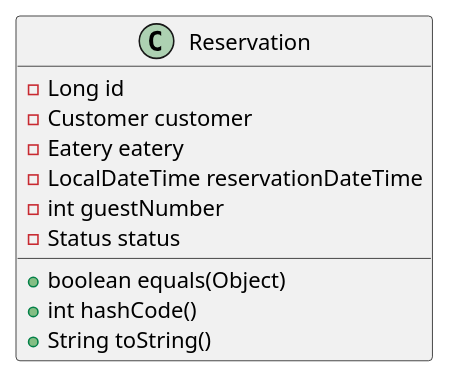
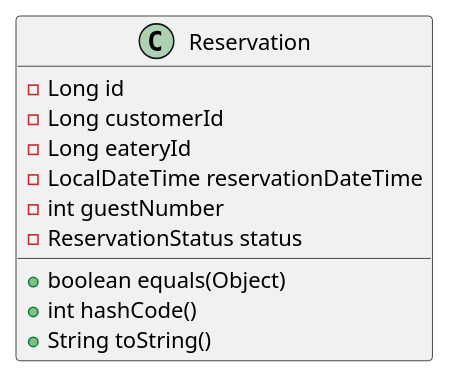
The diagram in diagram/reservation.puml (kyklospi/eatery), drawn with PlantUML before and after one commit. The commit also changed 11 other files, not shown here.

```diff
--- a/diagram/reservation.puml
+++ b/diagram/reservation.puml
@@ -1,13 +1,13 @@
 @startuml
 class Reservation {
 - Long id
-- Customer customer
-- Eatery eatery
+- Long customerId
+- Long eateryId
 - LocalDateTime reservationDateTime
 - int guestNumber
-- Status status
+- ReservationStatus status
 + boolean equals(Object)
 + int hashCode()
 + String toString()
 }
 @enduml
```
